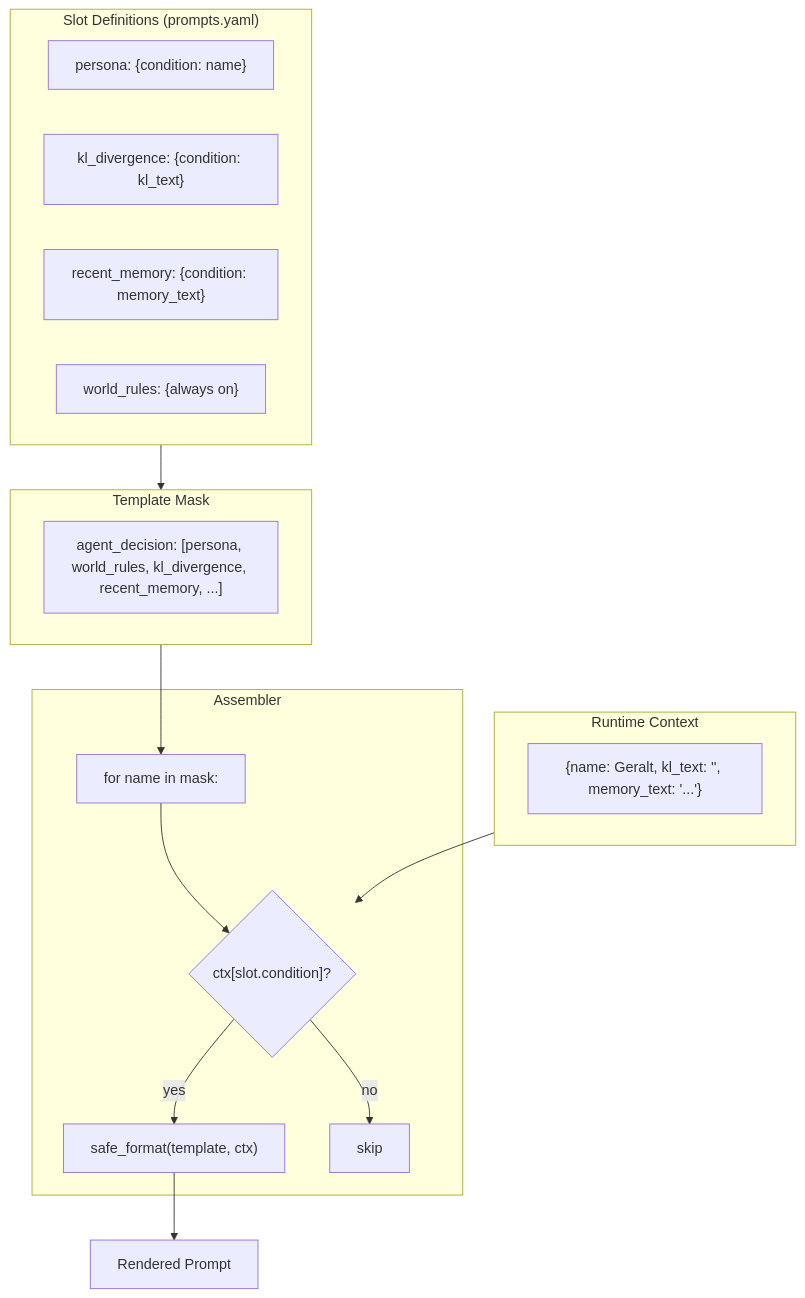
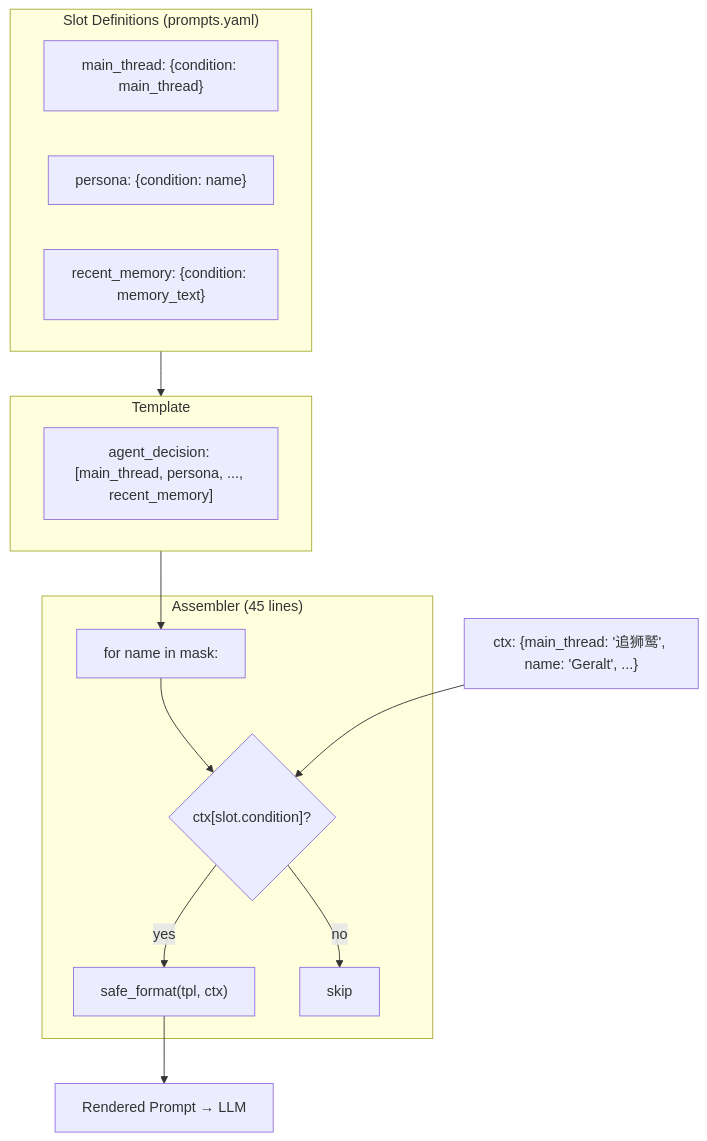
One commit to flaverse/AgentWorld_Async_UI changed the third of 3 diagrams in README.md. Above: the diagram before and after it, drawn with Mermaid. The commit also changed other lines of this file, not shown here.

````diff
--- a/README.md
+++ b/README.md
@@ -242,32 +150,19 @@
 ```mermaid
 flowchart TB
-    subgraph Definition["Slot Definitions (prompts.yaml)"]
-        s1["persona: {condition: name}"]
-        s2["kl_divergence: {condition: kl_text}"]
+    subgraph Def["Slot Definitions (prompts.yaml)"]
+        s1["main_thread: {condition: main_thread}"]
+        s2["persona: {condition: name}"]
         s3["recent_memory: {condition: memory_text}"]
-        s4["world_rules: {always on}"]
     end
-
-    subgraph Template["Template Mask"]
-        mask["agent_decision: [persona, world_rules, kl_divergence, recent_memory, ...]"]
+    subgraph Mask["Template"]
+        mask["agent_decision: [main_thread, persona, ..., recent_memory]"]
     end
-
-    subgraph Context["Runtime Context"]
-        ctx["{name: Geralt, kl_text: '', memory_text: '...'}"]
+    subgraph Assembler["Assembler (45 lines)"]
+        loop["for name in mask:"] --> check{"ctx[slot.condition]?"}
+        check -->|yes| render["safe_format(tpl, ctx)"]
+        check -->|no| skip["skip"]
     end
-
-    subgraph Assemble["Assembler"]
-        loop["for name in mask:"]
-        check{"ctx[slot.condition]?"}
-        render["safe_format(template, ctx)"]
-        skip["skip"]
-    end
-
-    Definition --> Template
-    Template --> loop
-    Context --> check
-    loop --> check
-    check -->|yes| render
-    check -->|no| skip
-    render --> prompt["Rendered Prompt"]
+    Def --> Mask --> loop
+    Context["ctx: {main_thread: '追狮鹫', name: 'Geralt', ...}"] --> check
+    render --> prompt["Rendered Prompt → LLM"]
 ```
````
